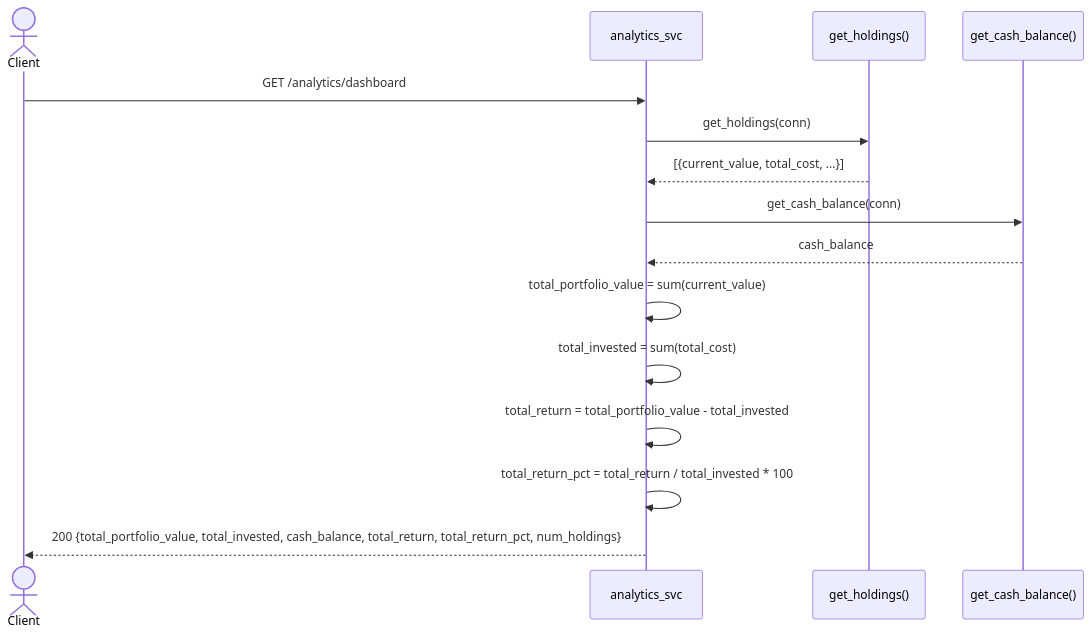
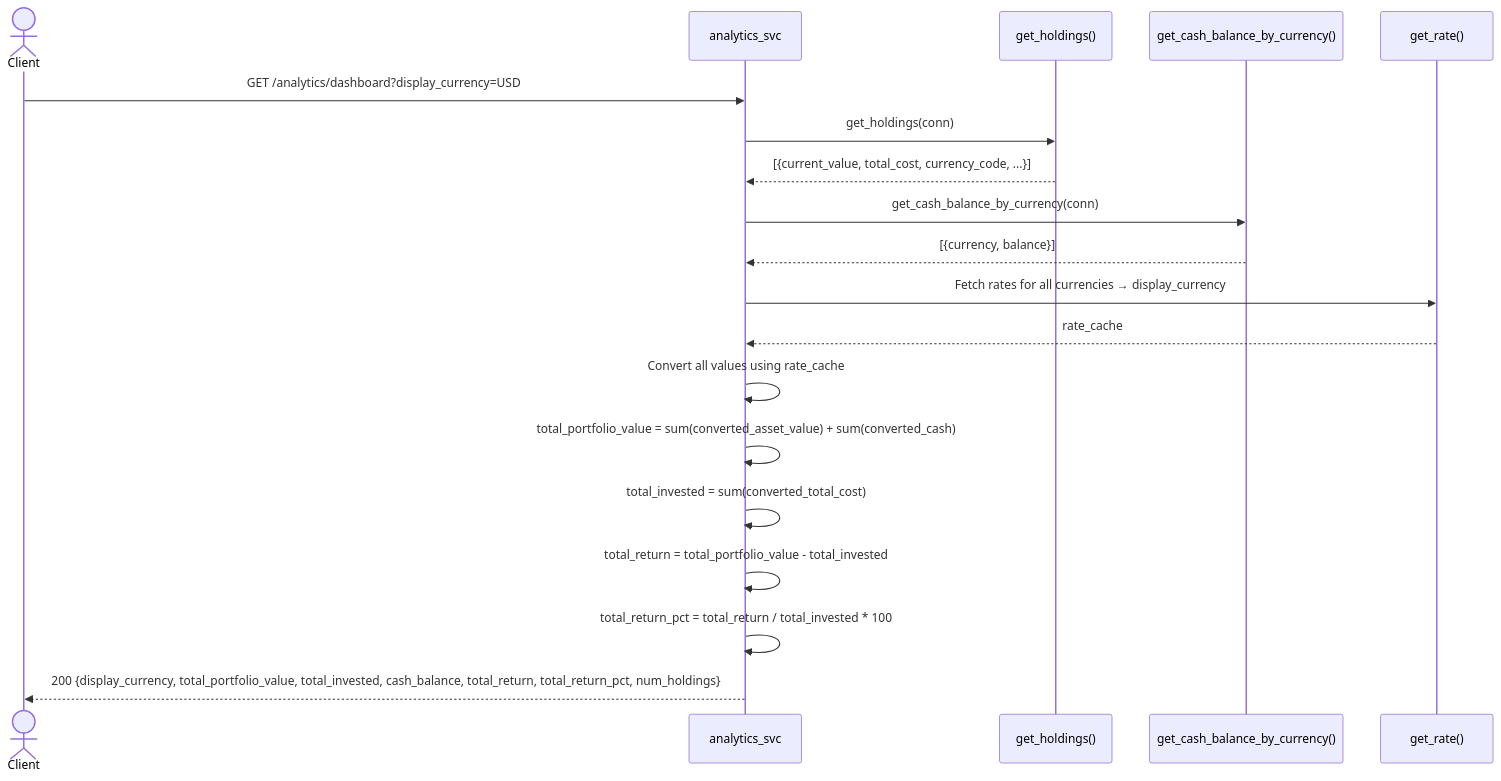
One commit to alvmarrod/personal-fin-hub changed the tenth of 14 diagrams in doc/workflow.md. Above: the diagram before and after it, drawn with Mermaid. The commit also changed other lines of this file and 9 other files, not shown here.

````diff
--- a/doc/workflow.md
+++ b/doc/workflow.md
@@ -1020,18 +1025,22 @@
 ```mermaid
 sequenceDiagram
     actor Client
     participant Svc as analytics_svc
     participant Holdings as get_holdings()
-    participant Cash as get_cash_balance()
+    participant Cash as get_cash_balance_by_currency()
+    participant Rates as get_rate()
 
-    Client->>Svc: GET /analytics/dashboard
+    Client->>Svc: GET /analytics/dashboard?display_currency=USD
     Svc->>Holdings: get_holdings(conn)
-    Holdings-->>Svc: [{current_value, total_cost, ...}]
-    Svc->>Cash: get_cash_balance(conn)
-    Cash-->>Svc: cash_balance
-    Svc->>Svc: total_portfolio_value = sum(current_value)
-    Svc->>Svc: total_invested = sum(total_cost)
+    Holdings-->>Svc: [{current_value, total_cost, currency_code, ...}]
+    Svc->>Cash: get_cash_balance_by_currency(conn)
+    Cash-->>Svc: [{currency, balance}]
+    Svc->>Rates: Fetch rates for all currencies → display_currency
+    Rates-->>Svc: rate_cache
+    Svc->>Svc: Convert all values using rate_cache
+    Svc->>Svc: total_portfolio_value = sum(converted_asset_value) + sum(converted_cash)
+    Svc->>Svc: total_invested = sum(converted_total_cost)
     Svc->>Svc: total_return = total_portfolio_value - total_invested
     Svc->>Svc: total_return_pct = total_return / total_invested * 100
-    Svc-->>Client: 200 {total_portfolio_value, total_invested, cash_balance, total_return, total_return_pct, num_holdings}
+    Svc-->>Client: 200 {display_currency, total_portfolio_value, total_invested, cash_balance, total_return, total_return_pct, num_holdings}
 ```
````
